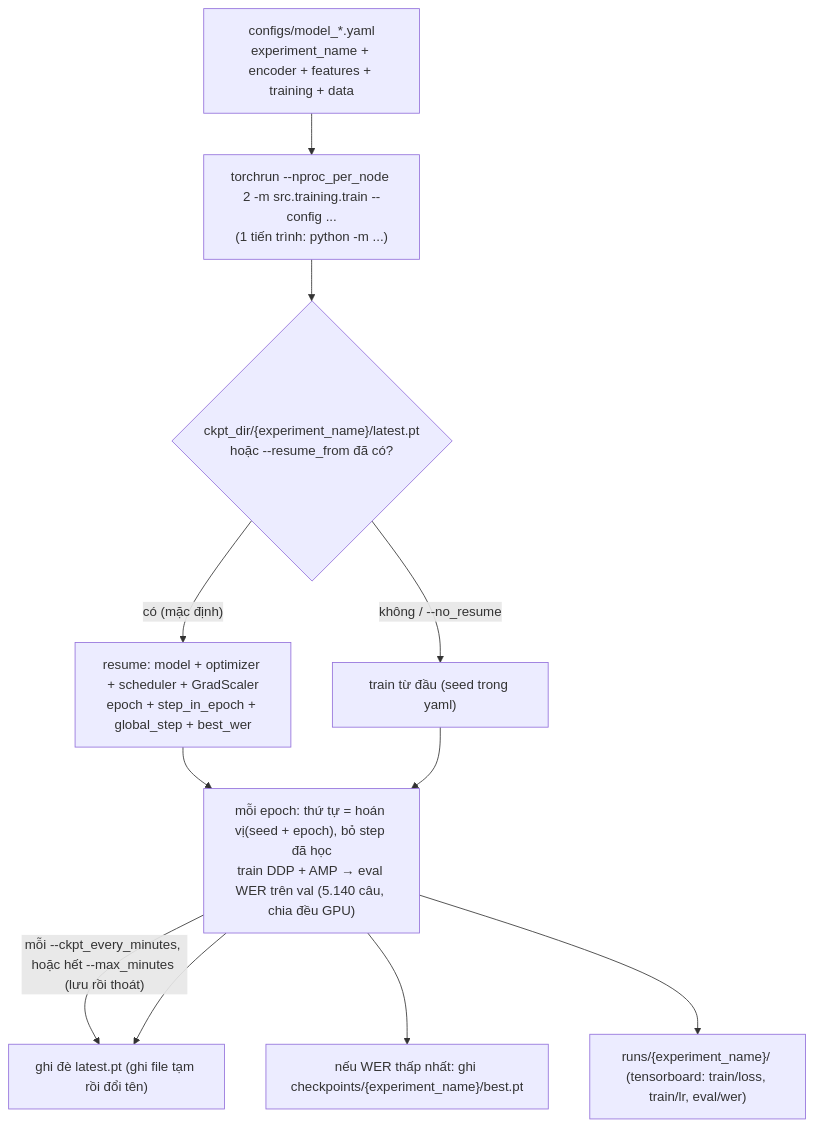
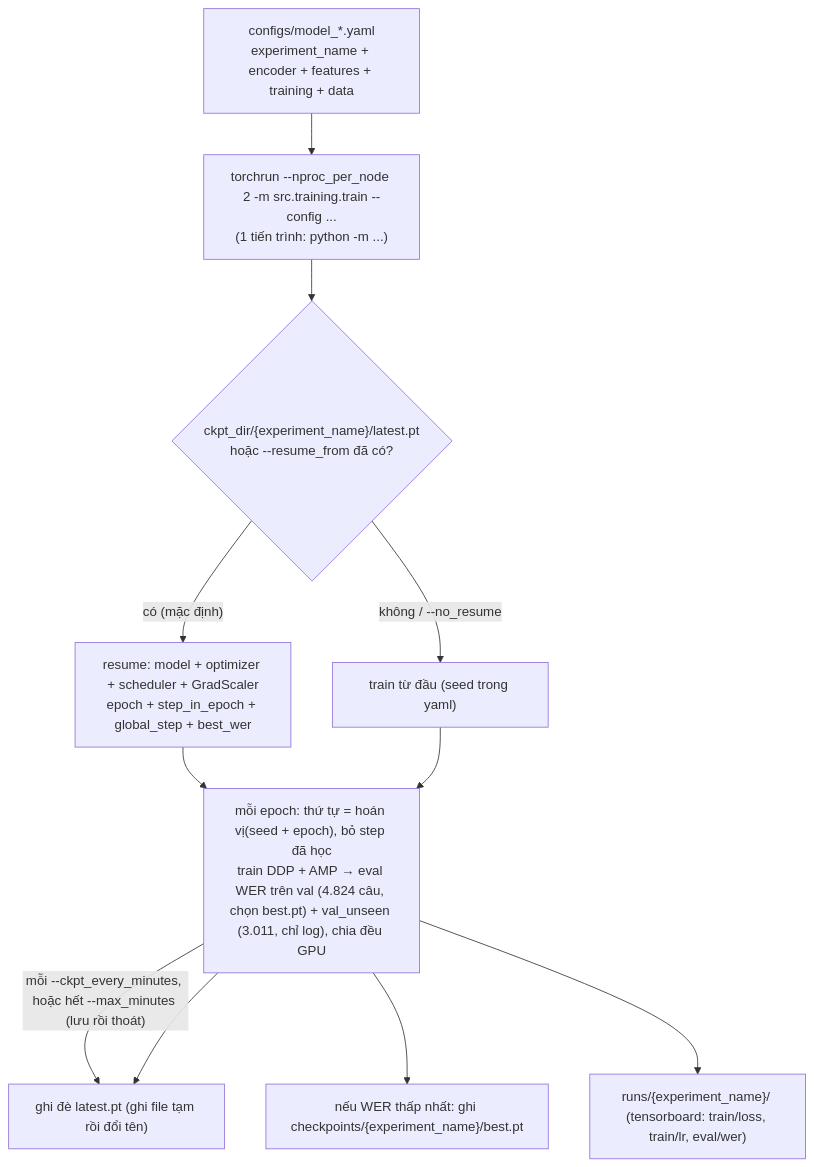
Before and after one commit to VuKhah/specialized-thesis: the third of 4 diagrams in ARCHITECTURE.md, drawn with Mermaid. The commit also changed other lines of this file and 22 other files, not shown here.

First line of the commit message:
Test doc lap theo video: giu rieng 29 video, val_unseen + clean-test 203 cau

````diff
--- a/ARCHITECTURE.md
+++ b/ARCHITECTURE.md
@@ -110,13 +111,13 @@
 ```mermaid
 flowchart TD
     Y["configs/model_*.yaml<br/>experiment_name + encoder + features + training + data"] --> T["torchrun --nproc_per_node 2 -m src.training.train --config ...<br/>(1 tiến trình: python -m ...)"]
     T --> R{"ckpt_dir/{experiment_name}/latest.pt<br/>hoặc --resume_from đã có?"}
     R -->|"có (mặc định)"| RES["resume: model + optimizer + scheduler + GradScaler<br/>epoch + step_in_epoch + global_step + best_wer"]
     R -->|"không / --no_resume"| NEW["train từ đầu (seed trong yaml)"]
     RES --> LOOP
-    NEW --> LOOP["mỗi epoch: thứ tự = hoán vị(seed + epoch), bỏ step đã học<br/>train DDP + AMP → eval WER trên val (5.140 câu, chia đều GPU)"]
+    NEW --> LOOP["mỗi epoch: thứ tự = hoán vị(seed + epoch), bỏ step đã học<br/>train DDP + AMP → eval WER trên val (4.824 câu, chọn best.pt) + val_unseen (3.011, chỉ log), chia đều GPU"]
     LOOP -->|"mỗi --ckpt_every_minutes, hoặc hết --max_minutes (lưu rồi thoát)"| LATEST
     LOOP --> LATEST["ghi đè latest.pt (ghi file tạm rồi đổi tên)"]
     LOOP --> BEST["nếu WER thấp nhất: ghi checkpoints/{experiment_name}/best.pt"]
     LOOP --> TB["runs/{experiment_name}/ (tensorboard: train/loss, train/lr, eval/wer)"]
 ```
````
